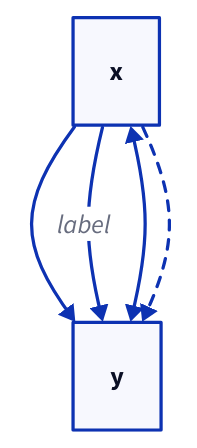
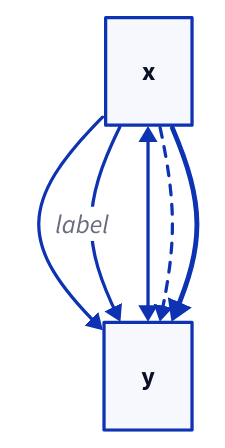
Before and after one commit to fanzhengxing/d2-diagrams: the first of 8 diagrams in references/d2-cheatsheet.md, drawn with D2. The commit also changed other lines of this file and 4 other files, not shown here.

````diff
--- a/references/d2-cheatsheet.md
+++ b/references/d2-cheatsheet.md
@@ -4,6 +4,8 @@
 ```d2
+# Comment
 x -> y                    # Simple arrow
-x -> y: label           # With label
+x -> y: label           # Arrow with label
 x <-> y                 # Bi-directional
-x -> y {style.stroke-dash: 3}  # Dashed
+x -> y {style.stroke-dash: 3}  # Dashed arrow
+x -> y {style.stroke-width: 3} # Bold arrow
 ```
````
